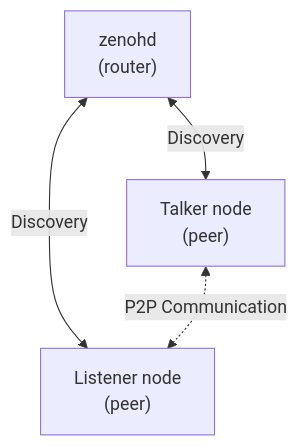
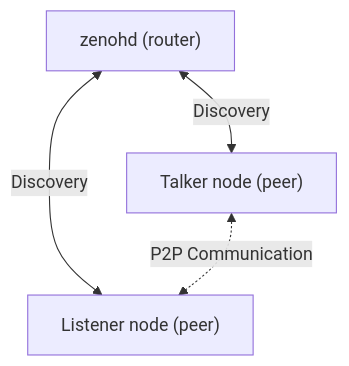
Before and after one commit to ZettaScaleLabs/ros-z: the diagram in docs/user-guide/networking.md, drawn with Mermaid. The commit also changed other lines of this file and 3 other files, not shown here.

````diff
--- a/docs/user-guide/networking.md
+++ b/docs/user-guide/networking.md
@@ -7,11 +5,11 @@
 ```mermaid
 graph TB
-    Router["zenohd <br> (router)"]
+    Router["zenohd (router)"]
 
-    Talker["Talker node <br> (peer)"]
-    Listener["Listener node <br> (peer)"]
+    Talker["Talker node (peer)"]
+    Listener["Listener node (peer)"]
 
     Router <-->|Discovery| Talker
     Router <-->|Discovery| Listener
     Talker <-.->|P2P Communication| Listener
 ```
````
